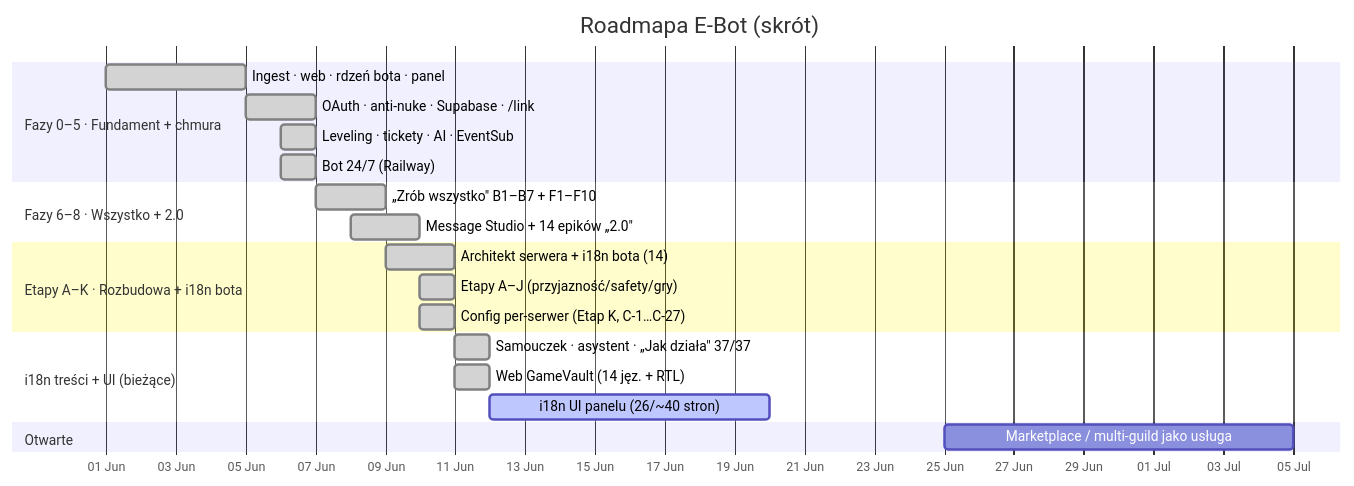
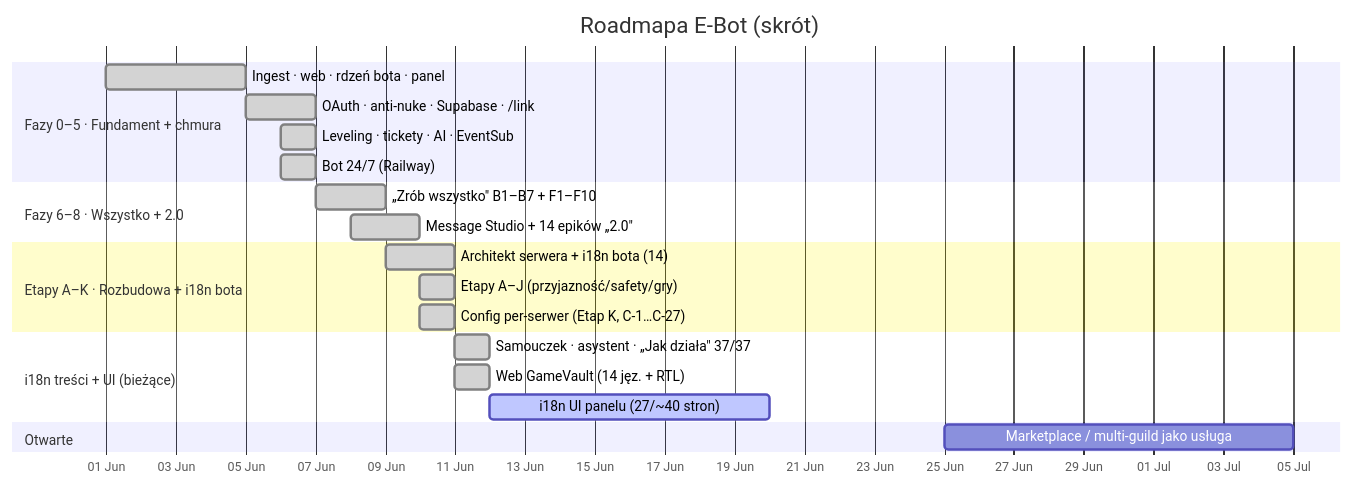
The first of 2 diagrams in docs/ROADMAP.md (Gh0s777tt/E-Bot), drawn with Mermaid before and after one commit. The commit also changed other lines of this file and 6 other files, not shown here.

````diff
--- a/docs/ROADMAP.md
+++ b/docs/ROADMAP.md
@@ -23,24 +23,24 @@
 ```mermaid
 gantt
   title Roadmapa E-Bot (skrót)
   dateFormat YYYY-MM-DD
   axisFormat %d %b
   section Fazy 0–5 · Fundament + chmura
   Ingest · web · rdzeń bota · panel    :done, f0, 2026-06-01, 4d
   OAuth · anti-nuke · Supabase · /link :done, f1, 2026-06-05, 2d
   Leveling · tickety · AI · EventSub   :done, f4, 2026-06-06, 1d
   Bot 24/7 (Railway)                   :done, f5, 2026-06-06, 1d
   section Fazy 6–8 · Wszystko + 2.0
   „Zrób wszystko" B1–B7 + F1–F10       :done, f7, 2026-06-07, 2d
   Message Studio + 14 epików „2.0"     :done, f8, 2026-06-08, 2d
   section Etapy A–K · Rozbudowa + i18n bota
   Architekt serwera + i18n bota (14)   :done, ek1, 2026-06-09, 2d
   Etapy A–J (przyjazność/safety/gry)   :done, ek2, 2026-06-10, 1d
   Config per-serwer (Etap K, C-1…C-27) :done, ek3, 2026-06-10, 1d
   section i18n treści + UI (bieżące)
   Samouczek · asystent · „Jak działa" 37/37 :done, i1, 2026-06-11, 1d
   Web GameVault (14 jęz. + RTL)        :done, i2, 2026-06-11, 1d
-  i18n UI panelu (26/~40 stron)        :active, i3, 2026-06-12, 8d
+  i18n UI panelu (27/~40 stron)        :active, i3, 2026-06-12, 8d
   section Otwarte
   Marketplace / multi-guild jako usługa :        mk, 2026-06-25, 10d
 ```
````
